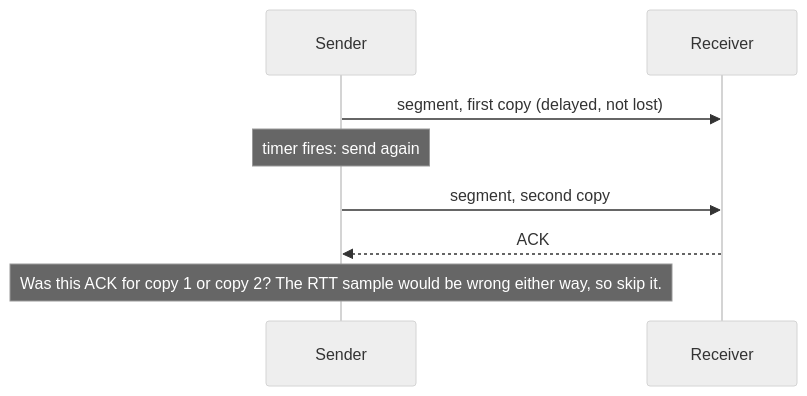
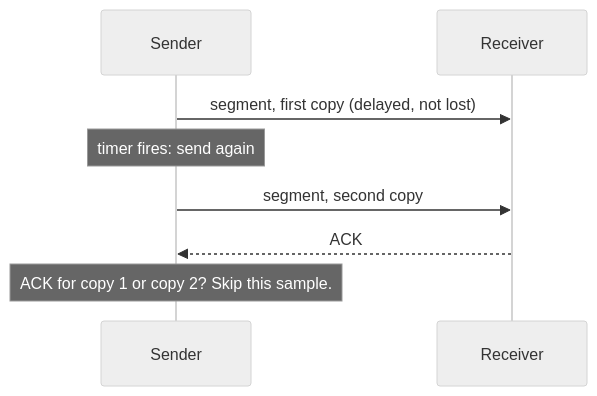
One commit to FahimMashroor/Chalmers_CSC changed diagram 11 of 34 in EDA387-Computer-Networks/04-TCP.md. Above: the diagram before and after it, drawn with Mermaid (neutral theme). The commit also changed other lines of this file, not shown here.

Commit message:
Rewrite 04 TCP in simple language with examples and diagrams

````diff
--- a/EDA387-Computer-Networks/04-TCP.md
+++ b/EDA387-Computer-Networks/04-TCP.md
@@ -332,10 +459,10 @@
 ```mermaid
 sequenceDiagram
   participant S as Sender
   participant R as Receiver
   S->>R: segment, first copy (delayed, not lost)
   Note over S: timer fires: send again
   S->>R: segment, second copy
   R-->>S: ACK
-  Note over S: Was this ACK for copy 1 or copy 2? The RTT sample would be wrong either way, so skip it.
+  Note over S: ACK for copy 1 or copy 2? Skip this sample.
 ```
````
